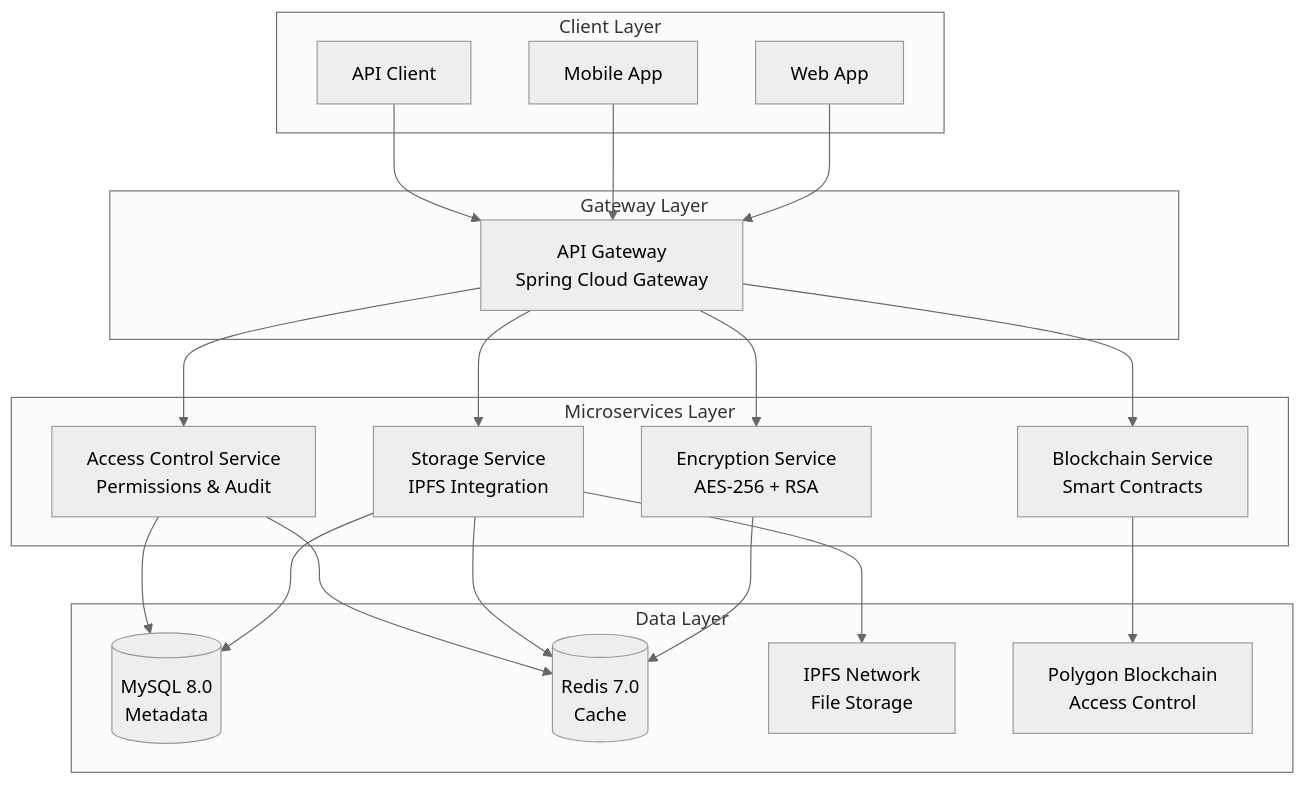
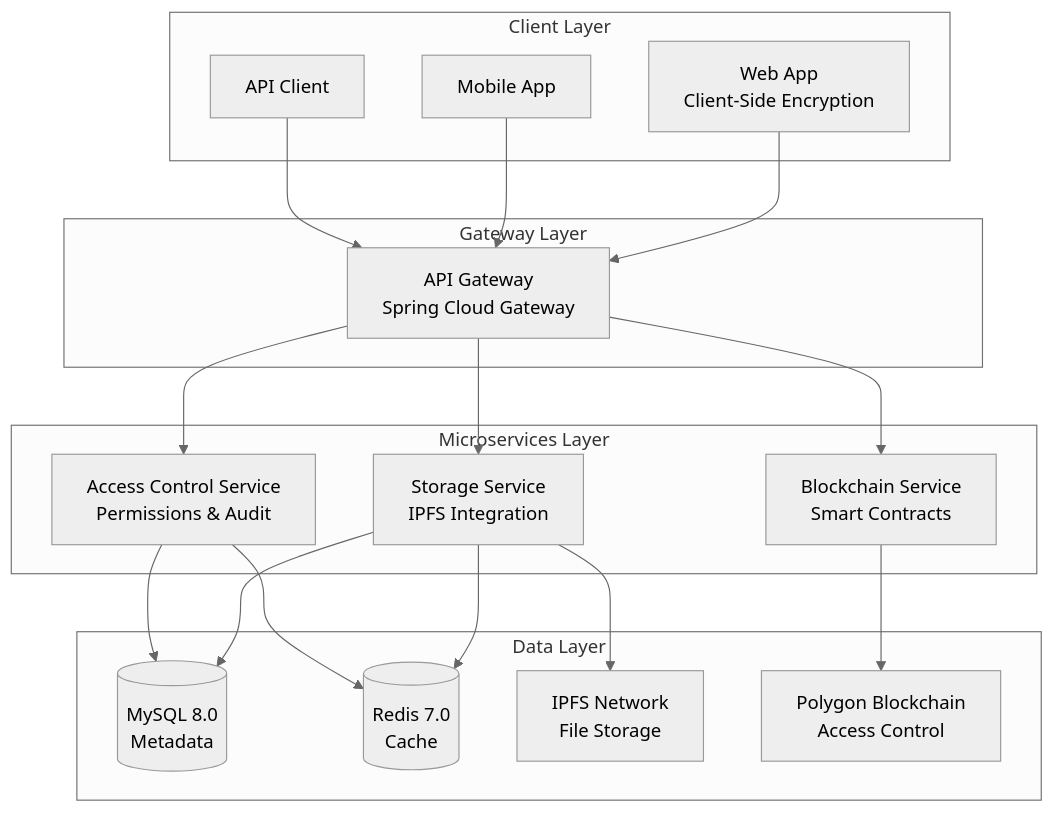
Before and after one commit to MossabMilha/OM-VaultChain: the first of 2 diagrams in README.md, drawn with Mermaid (neutral theme). The commit also changed other lines of this file and 3 other files, not shown here.

````diff
--- a/README.md
+++ b/README.md
@@ -102,43 +102,40 @@
 ```mermaid
 graph TB
     subgraph "Client Layer"
-        WEB[Web App]
+        WEB[Web App<br/>Client-Side Encryption]
         MOBILE[Mobile App]
         API_CLIENT[API Client]
     end
 
     subgraph "Gateway Layer"
         GATEWAY[API Gateway<br/>Spring Cloud Gateway]
     end
 
     subgraph "Microservices Layer"
-        ENCRYPT[Encryption Service<br/>AES-256 + RSA]
         STORAGE[Storage Service<br/>IPFS Integration]
         BLOCKCHAIN[Blockchain Service<br/>Smart Contracts]
         ACCESS[Access Control Service<br/>Permissions & Audit]
     end
 
     subgraph "Data Layer"
         MYSQL[(MySQL 8.0<br/>Metadata)]
         REDIS[(Redis 7.0<br/>Cache)]
         IPFS[IPFS Network<br/>File Storage]
         POLYGON[Polygon Blockchain<br/>Access Control]
     end
 
     WEB --> GATEWAY
     MOBILE --> GATEWAY
     API_CLIENT --> GATEWAY
 
-    GATEWAY --> ENCRYPT
     GATEWAY --> STORAGE
     GATEWAY --> BLOCKCHAIN
     GATEWAY --> ACCESS
 
-    ENCRYPT --> REDIS
     STORAGE --> MYSQL
     STORAGE --> REDIS
     STORAGE --> IPFS
     BLOCKCHAIN --> POLYGON
     ACCESS --> MYSQL
     ACCESS --> REDIS
 ```
````
